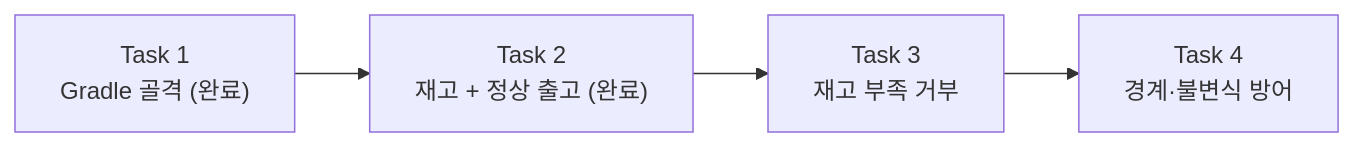
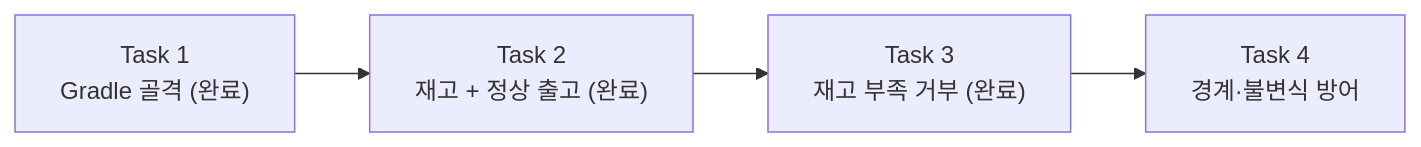
The diagram in docs/epics/outbound/3-plan/story1/tasks.md (JuJin1324/assignment-inventory-management), drawn with Mermaid before and after one commit. The commit also changed other lines of this file and 5 other files, not shown here.

````diff
--- a/docs/epics/outbound/3-plan/story1/tasks.md
+++ b/docs/epics/outbound/3-plan/story1/tasks.md
@@ -7,8 +7,8 @@
 ```mermaid
 graph LR
     T1["Task 1<br/>Gradle 골격 (완료)"]
     T2["Task 2<br/>재고 + 정상 출고 (완료)"]
-    T3["Task 3<br/>재고 부족 거부"]
+    T3["Task 3<br/>재고 부족 거부 (완료)"]
     T4["Task 4<br/>경계·불변식 방어"]
     T1 --> T2 --> T3 --> T4
 ```
````
